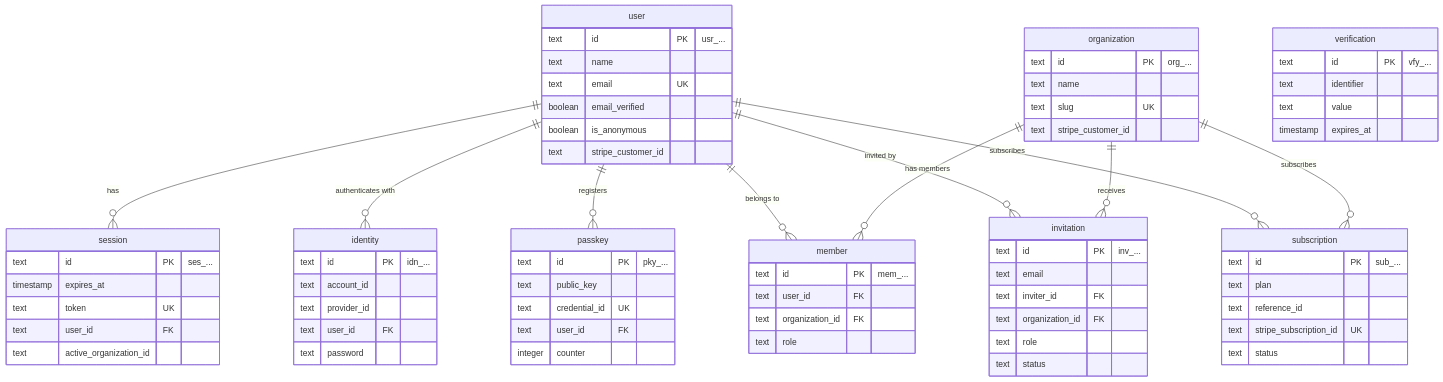
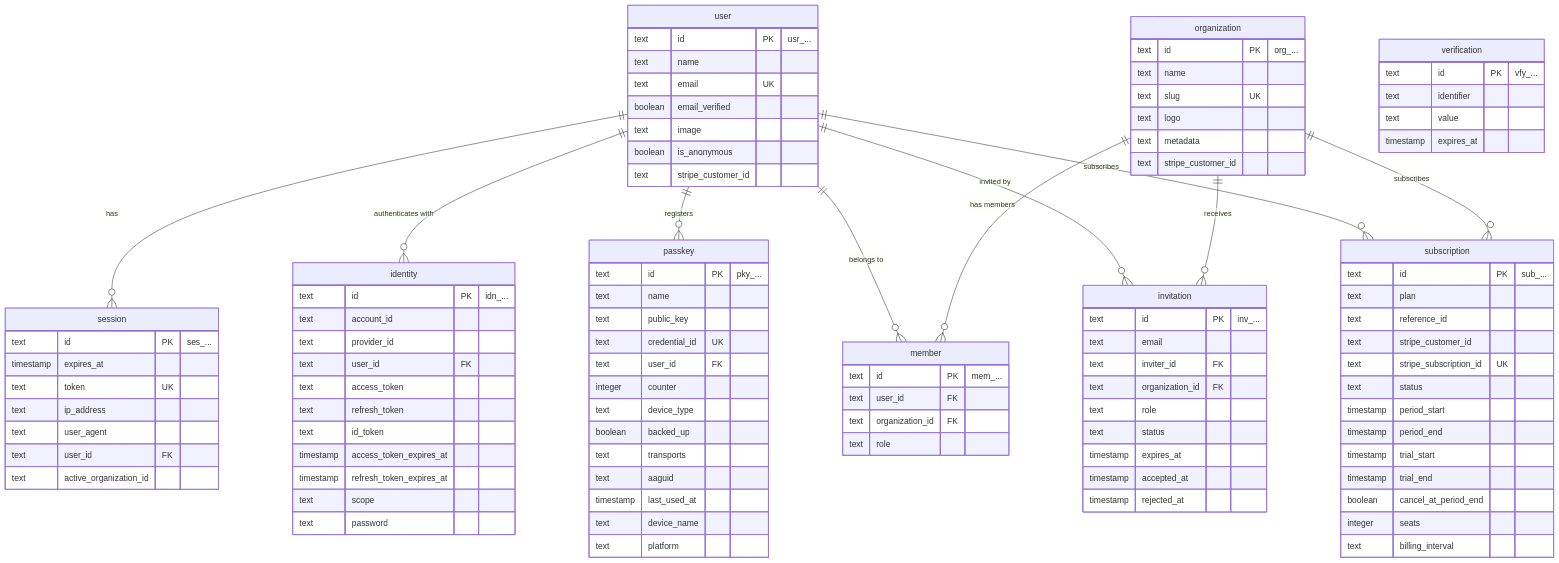
One commit to kriasoft/react-starter-kit changed the diagram in docs/database/schema.md. Above: the diagram before and after it, drawn with Mermaid. The commit also changed 3 other files, not shown here.

````diff
--- a/docs/database/schema.md
+++ b/docs/database/schema.md
@@ -49,6 +49,7 @@
         text name
         text email UK
         boolean email_verified
+        text image
         boolean is_anonymous
         text stripe_customer_id
     }
@@ -57,6 +58,8 @@
         text id PK "ses_..."
         timestamp expires_at
         text token UK
+        text ip_address
+        text user_agent
         text user_id FK
         text active_organization_id
     }
@@ -66,6 +69,12 @@
         text account_id
         text provider_id
         text user_id FK
+        text access_token
+        text refresh_token
+        text id_token
+        timestamp access_token_expires_at
+        timestamp refresh_token_expires_at
+        text scope
         text password
     }
 
@@ -78,16 +87,26 @@
 
     passkey {
         text id PK "pky_..."
+        text name
         text public_key
         text credential_id UK
         text user_id FK
         integer counter
+        text device_type
+        boolean backed_up
+        text transports
+        text aaguid
+        timestamp last_used_at
+        text device_name
+        text platform
     }
 
     organization {
         text id PK "org_..."
         text name
         text slug UK
+        text logo
+        text metadata
         text stripe_customer_id
     }
 
@@ -105,13 +124,24 @@
         text organization_id FK
         text role
         text status
+        timestamp expires_at
+        timestamp accepted_at
+        timestamp rejected_at
     }
 
     subscription {
         text id PK "sub_..."
         text plan
         text reference_id
+        text stripe_customer_id
         text stripe_subscription_id UK
         text status
+        timestamp period_start
+        timestamp period_end
+        timestamp trial_start
+        timestamp trial_end
+        boolean cancel_at_period_end
+        integer seats
+        text billing_interval
     }
 ```
````
